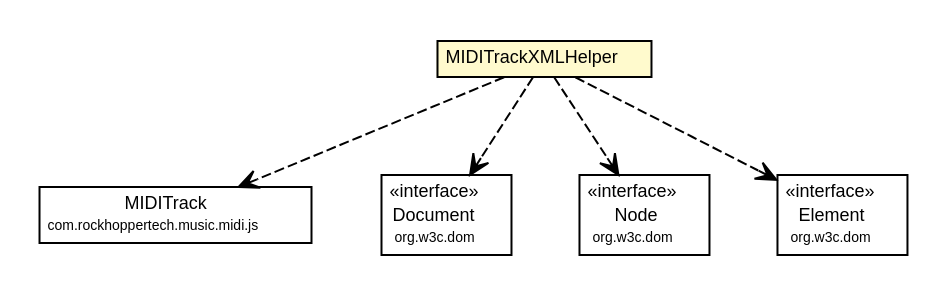
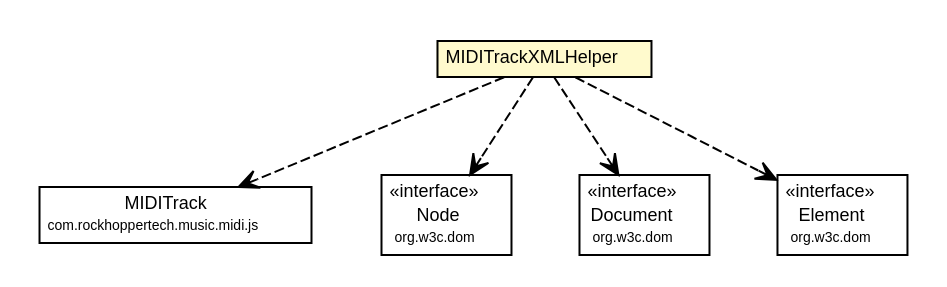
The diagram in rockymusic/apidocs/com/rockhoppertech/music/midi/js/xml/MIDITrackXMLHelper.dot (genedelisa/rockymusic), drawn with Graphviz before and after one commit. The commit also changed 1302 other files, not shown here.

```diff
--- a/rockymusic/apidocs/com/rockhoppertech/music/midi/js/xml/MIDITrackXMLHelper.dot
+++ b/rockymusic/apidocs/com/rockhoppertech/music/midi/js/xml/MIDITrackXMLHelper.dot
@@ -1,57 +1,57 @@
 #!/usr/local/bin/dot
 #
 # Class diagram 
 # Generated by UMLGraph version R5_6-24-gf6e263 (http://www.umlgraph.org/)
 #
 
 digraph G {
 	edge [fontname="Helvetica",fontsize=10,labelfontname="Helvetica",labelfontsize=10];
 	node [fontname="Helvetica",fontsize=10,shape=plaintext];
 	nodesep=0.25;
 	ranksep=0.5;
 	// com.rockhoppertech.music.midi.js.MIDITrack
 	c6898 [label=<<table title="com.rockhoppertech.music.midi.js.MIDITrack" border="0" cellborder="1" cellspacing="0" cellpadding="2" port="p" href="../MIDITrack.html">
 		<tr><td><table border="0" cellspacing="0" cellpadding="1">
 <tr><td align="center" balign="center"> MIDITrack </td></tr>
 <tr><td align="center" balign="center"><font point-size="7.0"> com.rockhoppertech.music.midi.js </font></td></tr>
 		</table></td></tr>
 		</table>>, URL="../MIDITrack.html", fontname="Helvetica", fontcolor="black", fontsize=9.0];
 	// com.rockhoppertech.music.midi.js.xml.MIDITrackXMLHelper
 	c6910 [label=<<table title="com.rockhoppertech.music.midi.js.xml.MIDITrackXMLHelper" border="0" cellborder="1" cellspacing="0" cellpadding="2" port="p" bgcolor="lemonChiffon" href="./MIDITrackXMLHelper.html">
 		<tr><td><table border="0" cellspacing="0" cellpadding="1">
 <tr><td align="center" balign="center"> MIDITrackXMLHelper </td></tr>
 		</table></td></tr>
 		</table>>, URL="./MIDITrackXMLHelper.html", fontname="Helvetica", fontcolor="black", fontsize=9.0];
 	// com.rockhoppertech.music.midi.js.xml.MIDITrackXMLHelper DEPEND com.rockhoppertech.music.midi.js.MIDITrack
 	c6910:p -> c6898:p [taillabel="", label="", headlabel="", fontname="Helvetica", fontcolor="black", fontsize=10.0, color="black", arrowhead=open, style=dashed];
+	// com.rockhoppertech.music.midi.js.xml.MIDITrackXMLHelper DEPEND org.w3c.dom.Node
+	c6910:p -> c6959:p [taillabel="", label="", headlabel="", fontname="Helvetica", fontcolor="black", fontsize=10.0, color="black", arrowhead=open, style=dashed];
 	// com.rockhoppertech.music.midi.js.xml.MIDITrackXMLHelper DEPEND org.w3c.dom.Document
-	c6910:p -> c6959:p [taillabel="", label="", headlabel="", fontname="Helvetica", fontcolor="black", fontsize=10.0, color="black", arrowhead=open, style=dashed];
-	// com.rockhoppertech.music.midi.js.xml.MIDITrackXMLHelper DEPEND org.w3c.dom.Node
 	c6910:p -> c6960:p [taillabel="", label="", headlabel="", fontname="Helvetica", fontcolor="black", fontsize=10.0, color="black", arrowhead=open, style=dashed];
 	// com.rockhoppertech.music.midi.js.xml.MIDITrackXMLHelper DEPEND org.w3c.dom.Element
 	c6910:p -> c6961:p [taillabel="", label="", headlabel="", fontname="Helvetica", fontcolor="black", fontsize=10.0, color="black", arrowhead=open, style=dashed];
 	// org.w3c.dom.Element
 	c6961 [label=<<table title="org.w3c.dom.Element" border="0" cellborder="1" cellspacing="0" cellpadding="2" port="p" href="http://docs.oracle.com/javase/7/docs/api/org/w3c/dom/Element.html">
 		<tr><td><table border="0" cellspacing="0" cellpadding="1">
 <tr><td align="center" balign="center"> &#171;interface&#187; </td></tr>
 <tr><td align="center" balign="center"> Element </td></tr>
 <tr><td align="center" balign="center"><font point-size="7.0"> org.w3c.dom </font></td></tr>
 		</table></td></tr>
 		</table>>, URL="http://docs.oracle.com/javase/7/docs/api/org/w3c/dom/Element.html", fontname="Helvetica", fontcolor="black", fontsize=9.0];
 	// org.w3c.dom.Document
-	c6959 [label=<<table title="org.w3c.dom.Document" border="0" cellborder="1" cellspacing="0" cellpadding="2" port="p" href="http://docs.oracle.com/javase/7/docs/api/org/w3c/dom/Document.html">
+	c6960 [label=<<table title="org.w3c.dom.Document" border="0" cellborder="1" cellspacing="0" cellpadding="2" port="p" href="http://docs.oracle.com/javase/7/docs/api/org/w3c/dom/Document.html">
 		<tr><td><table border="0" cellspacing="0" cellpadding="1">
 <tr><td align="center" balign="center"> &#171;interface&#187; </td></tr>
 <tr><td align="center" balign="center"> Document </td></tr>
 <tr><td align="center" balign="center"><font point-size="7.0"> org.w3c.dom </font></td></tr>
 		</table></td></tr>
 		</table>>, URL="http://docs.oracle.com/javase/7/docs/api/org/w3c/dom/Document.html", fontname="Helvetica", fontcolor="black", fontsize=9.0];
 	// org.w3c.dom.Node
-	c6960 [label=<<table title="org.w3c.dom.Node" border="0" cellborder="1" cellspacing="0" cellpadding="2" port="p" href="http://docs.oracle.com/javase/7/docs/api/org/w3c/dom/Node.html">
+	c6959 [label=<<table title="org.w3c.dom.Node" border="0" cellborder="1" cellspacing="0" cellpadding="2" port="p" href="http://docs.oracle.com/javase/7/docs/api/org/w3c/dom/Node.html">
 		<tr><td><table border="0" cellspacing="0" cellpadding="1">
 <tr><td align="center" balign="center"> &#171;interface&#187; </td></tr>
 <tr><td align="center" balign="center"> Node </td></tr>
 <tr><td align="center" balign="center"><font point-size="7.0"> org.w3c.dom </font></td></tr>
 		</table></td></tr>
 		</table>>, URL="http://docs.oracle.com/javase/7/docs/api/org/w3c/dom/Node.html", fontname="Helvetica", fontcolor="black", fontsize=9.0];
 }
```
